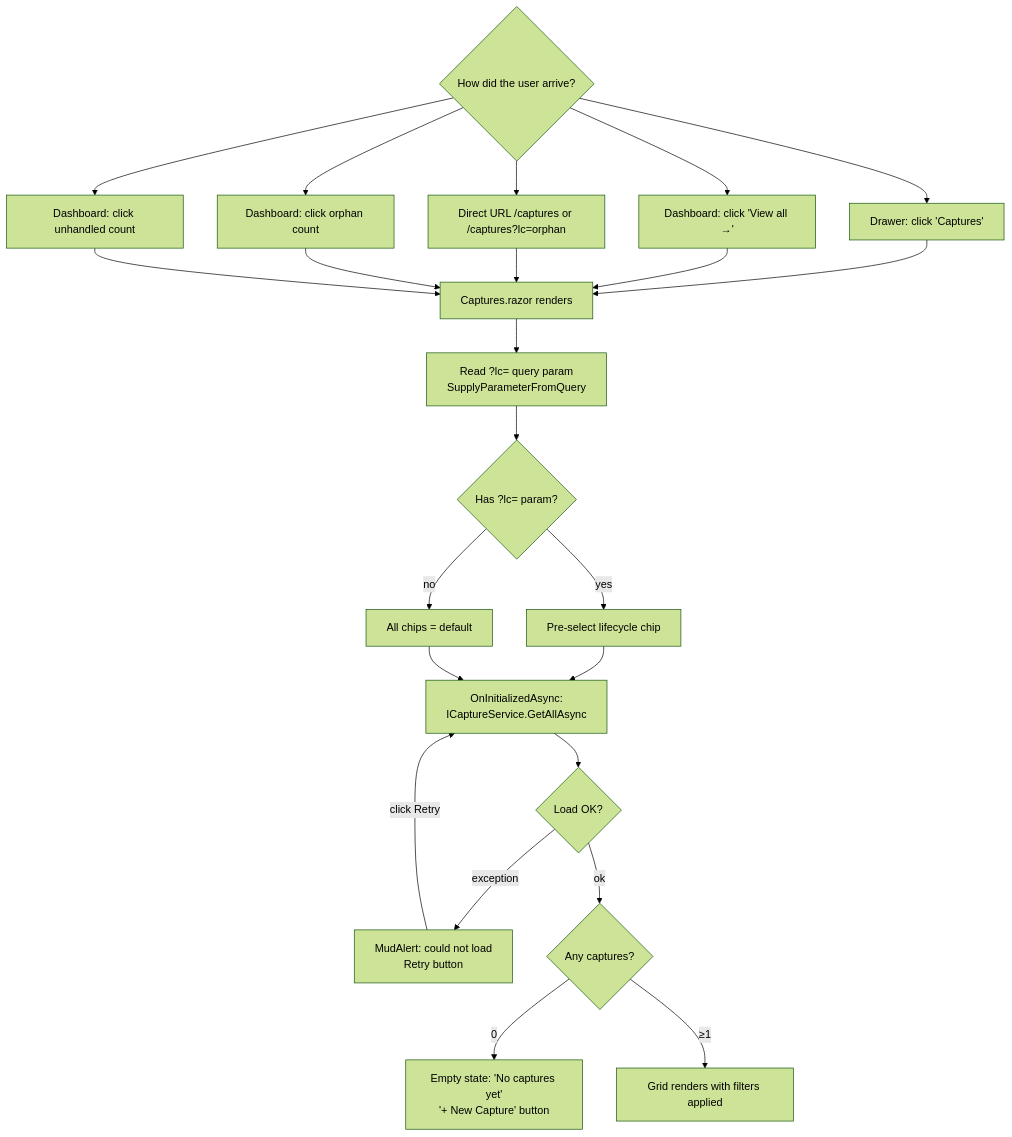
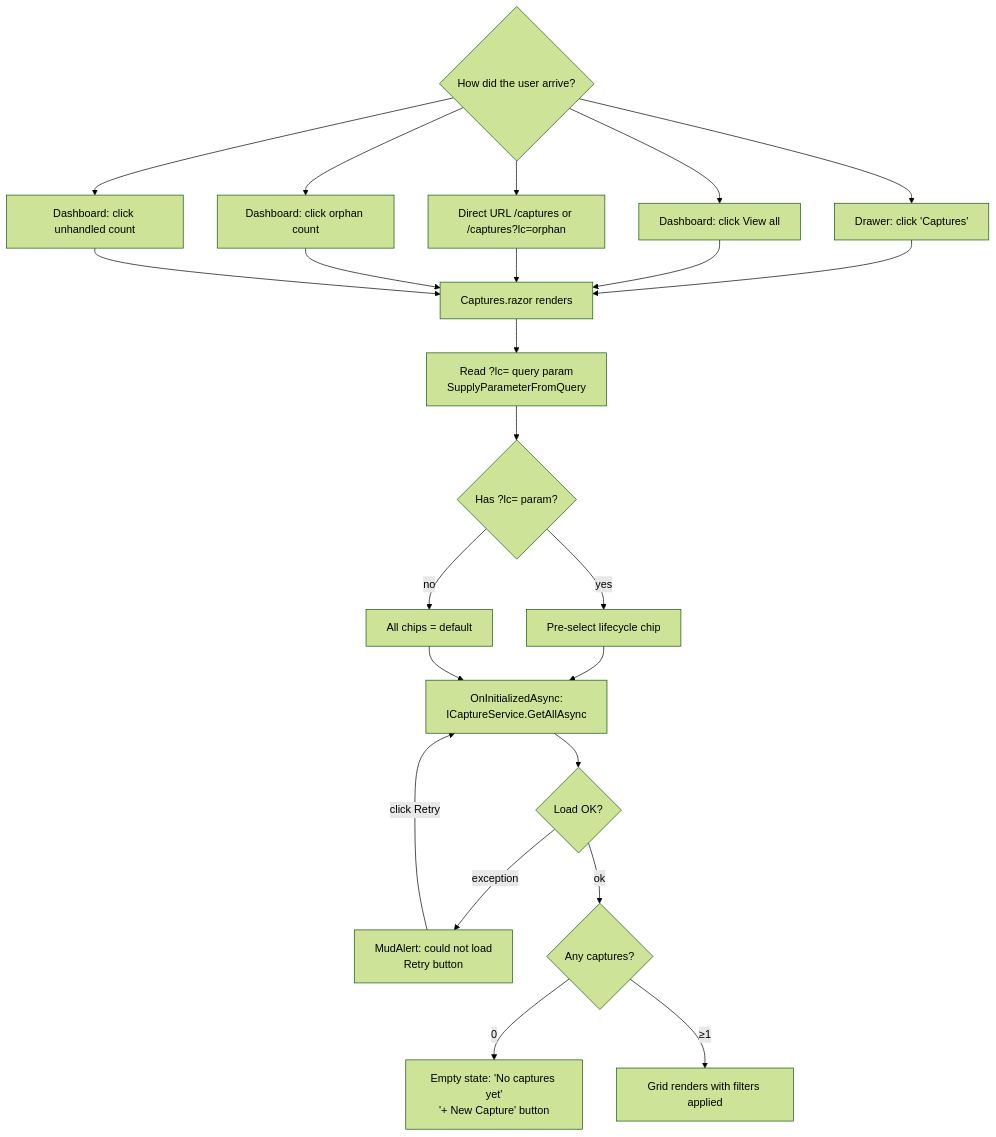
Before and after one commit to freaxnx01/FlowHub-CAS-AISE: the first of 3 diagrams in docs/design/captures-list/flow.md, drawn with Mermaid (forest theme). The commit also changed other lines of this file and 5 other files, not shown here.

First line of the commit message:
docs: fix Mermaid syntax + add spec docs for Bewertungskriterien

````diff
--- a/docs/design/captures-list/flow.md
+++ b/docs/design/captures-list/flow.md
@@ -12,34 +12,34 @@
 ```mermaid
 flowchart TD
     Entry{How did the user arrive?}
     Drawer[Drawer: click 'Captures']
     DashOrphan[Dashboard: click orphan count]
     DashUnhand[Dashboard: click unhandled count]
-    DashViewAll[Dashboard: click 'View all →']
+    DashViewAll["Dashboard: click View all"]
     DirectURL[Direct URL /captures or /captures?lc=orphan]
     Render[Captures.razor renders]
     ReadQP[Read ?lc= query param<br/>SupplyParameterFromQuery]
     PreSelect{Has ?lc= param?}
     SetFilter[Pre-select lifecycle chip]
     NoFilter[All chips = default]
     LoadAll[OnInitializedAsync:<br/>ICaptureService.GetAllAsync]
     LoadResult{Load OK?}
     ErrorState[MudAlert: could not load<br/>Retry button]
     DataDecision{Any captures?}
     EmptyState[Empty state: 'No captures yet'<br/>'+ New Capture' button]
     Ready[Grid renders with filters applied]
 
     Entry --> Drawer & DashOrphan & DashUnhand & DashViewAll & DirectURL
     Drawer & DashViewAll & DirectURL --> Render
     DashOrphan --> Render
     DashUnhand --> Render
     Render --> ReadQP --> PreSelect
     PreSelect -- yes --> SetFilter --> LoadAll
     PreSelect -- no --> NoFilter --> LoadAll
     LoadAll --> LoadResult
     LoadResult -- exception --> ErrorState
     LoadResult -- ok --> DataDecision
     DataDecision -- 0 --> EmptyState
     DataDecision -- ≥1 --> Ready
     ErrorState -- click Retry --> LoadAll
 ```
````
